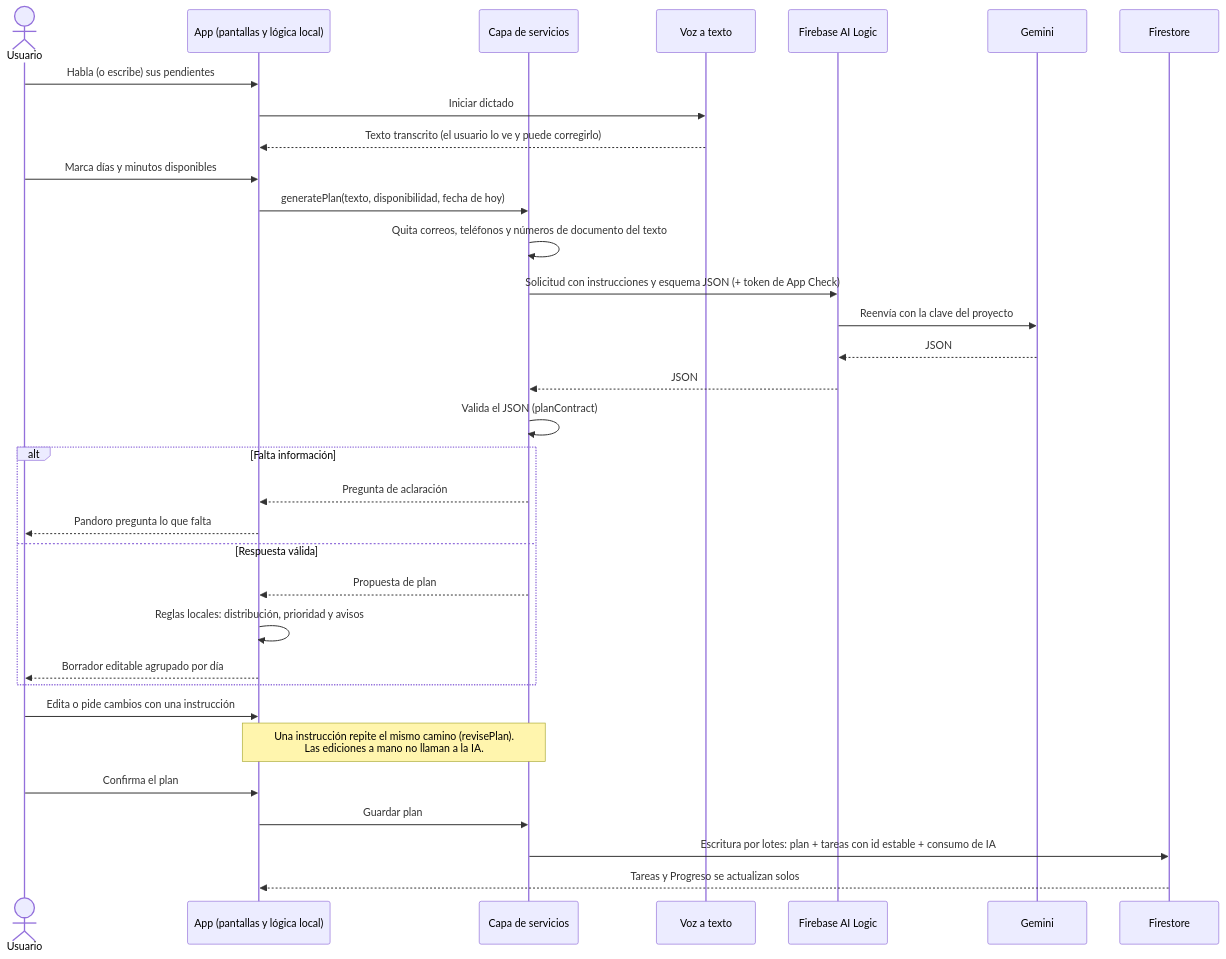
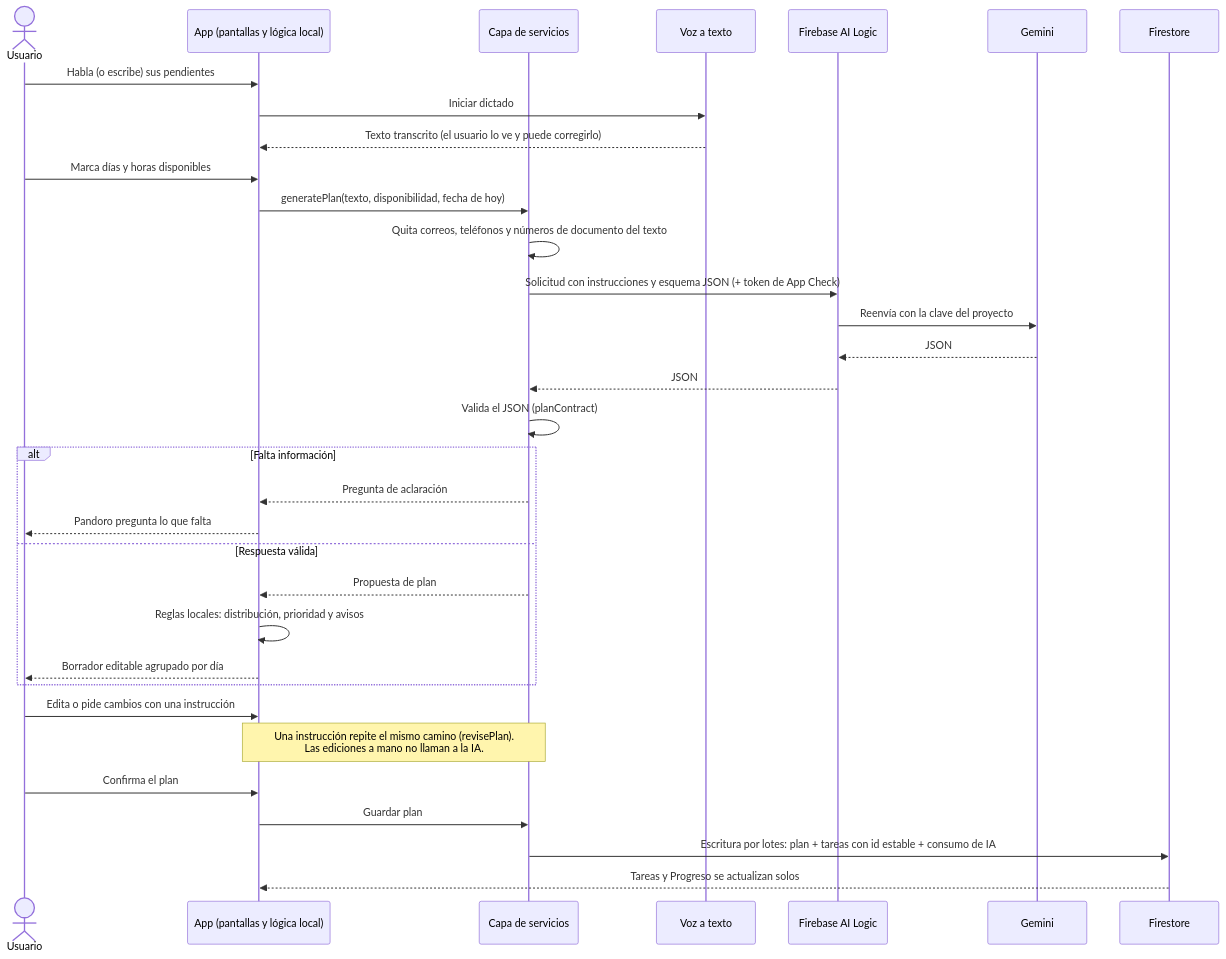
Before and after one commit to Carlos22709/Pandoro: the diagram in docs/arquitectura.md, drawn with Mermaid. The commit also changed 25 other files, not shown here.

````diff
--- a/docs/arquitectura.md
+++ b/docs/arquitectura.md
@@ -130,36 +130,36 @@
 ```mermaid
 sequenceDiagram
     actor U as Usuario
     participant A as App (pantallas y lógica local)
     participant S as Capa de servicios
     participant V as Voz a texto
     participant AI as Firebase AI Logic
     participant G as Gemini
     participant F as Firestore
 
     U->>A: Habla (o escribe) sus pendientes
     A->>V: Iniciar dictado
     V-->>A: Texto transcrito (el usuario lo ve y puede corregirlo)
-    U->>A: Marca días y minutos disponibles
+    U->>A: Marca días y horas disponibles
     A->>S: generatePlan(texto, disponibilidad, fecha de hoy)
     S->>S: Quita correos, teléfonos y números de documento del texto
     S->>AI: Solicitud con instrucciones y esquema JSON (+ token de App Check)
     AI->>G: Reenvía con la clave del proyecto
     G-->>AI: JSON
     AI-->>S: JSON
     S->>S: Valida el JSON (planContract)
     alt Falta información
         S-->>A: Pregunta de aclaración
         A-->>U: Pandoro pregunta lo que falta
     else Respuesta válida
         S-->>A: Propuesta de plan
         A->>A: Reglas locales: distribución, prioridad y avisos
         A-->>U: Borrador editable agrupado por día
     end
     U->>A: Edita o pide cambios con una instrucción
     Note over A,S: Una instrucción repite el mismo camino (revisePlan).<br/>Las ediciones a mano no llaman a la IA.
     U->>A: Confirma el plan
     A->>S: Guardar plan
     S->>F: Escritura por lotes: plan + tareas con id estable + consumo de IA
     F-->>A: Tareas y Progreso se actualizan solos
 ```
````
